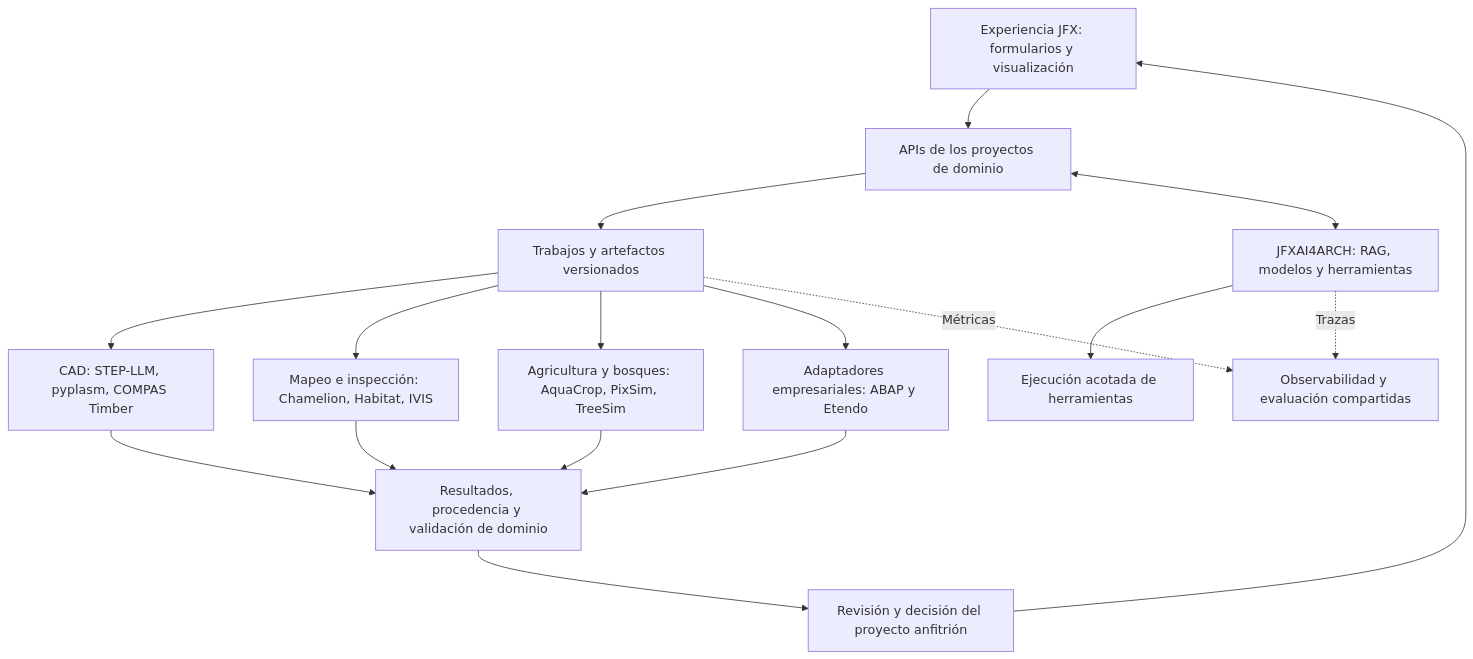
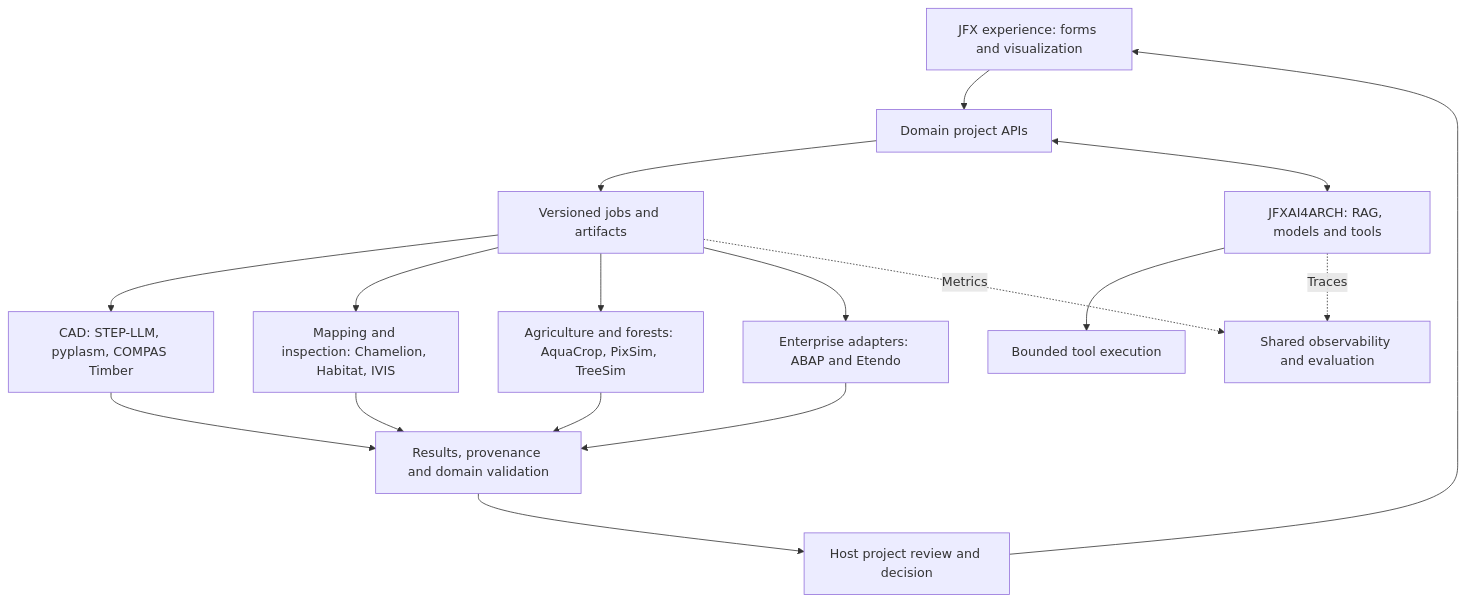
The first of 2 diagrams in docs/propuesta-integracion-portafolio-jfx.md (sdk2035/sdk2035), drawn with Mermaid before and after one commit. The commit also changed other lines of this file and 1 other file, not shown here.

Commit message:
docs: translate JFX integration proposal to English and link from profile index

````diff
--- a/docs/propuesta-integracion-portafolio-jfx.md
+++ b/docs/propuesta-integracion-portafolio-jfx.md
@@ -57,19 +59,19 @@
 ```mermaid
 flowchart TB
-    ui["Experiencia JFX: formularios y visualización"] --> domains["APIs de los proyectos de dominio"]
-    domains --> jobs["Trabajos y artefactos versionados"]
+    ui["JFX experience: forms and visualization"] --> domains["Domain project APIs"]
+    domains --> jobs["Versioned jobs and artifacts"]
     jobs --> cad["CAD: STEP-LLM, pyplasm, COMPAS Timber"]
-    jobs --> robot["Mapeo e inspección: Chamelion, Habitat, IVIS"]
-    jobs --> agro["Agricultura y bosques: AquaCrop, PixSim, TreeSim"]
-    jobs --> enterprise["Adaptadores empresariales: ABAP y Etendo"]
-    domains <--> knowledge["JFXAI4ARCH: RAG, modelos y herramientas"]
-    knowledge --> execution["Ejecución acotada de herramientas"]
-    cad --> evidence["Resultados, procedencia y validación de dominio"]
+    jobs --> robot["Mapping and inspection: Chamelion, Habitat, IVIS"]
+    jobs --> agro["Agriculture and forests: AquaCrop, PixSim, TreeSim"]
+    jobs --> enterprise["Enterprise adapters: ABAP and Etendo"]
+    domains <--> knowledge["JFXAI4ARCH: RAG, models and tools"]
+    knowledge --> execution["Bounded tool execution"]
+    cad --> evidence["Results, provenance and domain validation"]
     robot --> evidence
     agro --> evidence
     enterprise --> evidence
-    evidence --> review["Revisión y decisión del proyecto anfitrión"]
+    evidence --> review["Host project review and decision"]
     review --> ui
-    knowledge -. Trazas .-> obs["Observabilidad y evaluación compartidas"]
-    jobs -. Métricas .-> obs
+    knowledge -. Traces .-> obs["Shared observability and evaluation"]
+    jobs -. Metrics .-> obs
 ```
````
